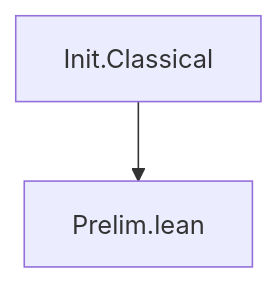
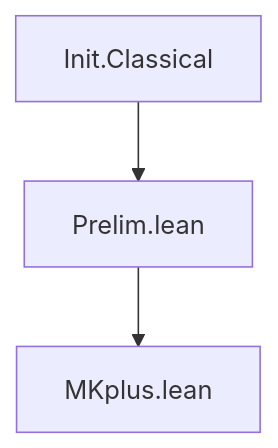
One commit to julian1c2a/MKplusCAC changed the diagram in REFERENCE.md. Above: the diagram before and after it, drawn with Mermaid. The commit also changed other lines of this file and 1 other file, not shown here.

````diff
--- a/REFERENCE.md
+++ b/REFERENCE.md
@@ -23,4 +34,5 @@
 ```mermaid
 graph TD
     IC[Init.Classical] --> P[Prelim.lean]
+    P --> Z[MKplus.lean]
 ```
````
